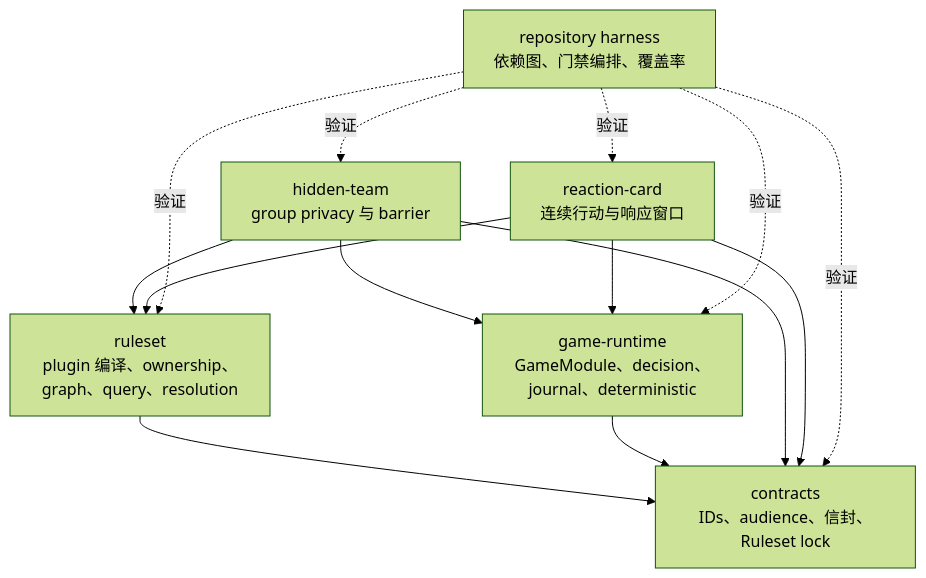
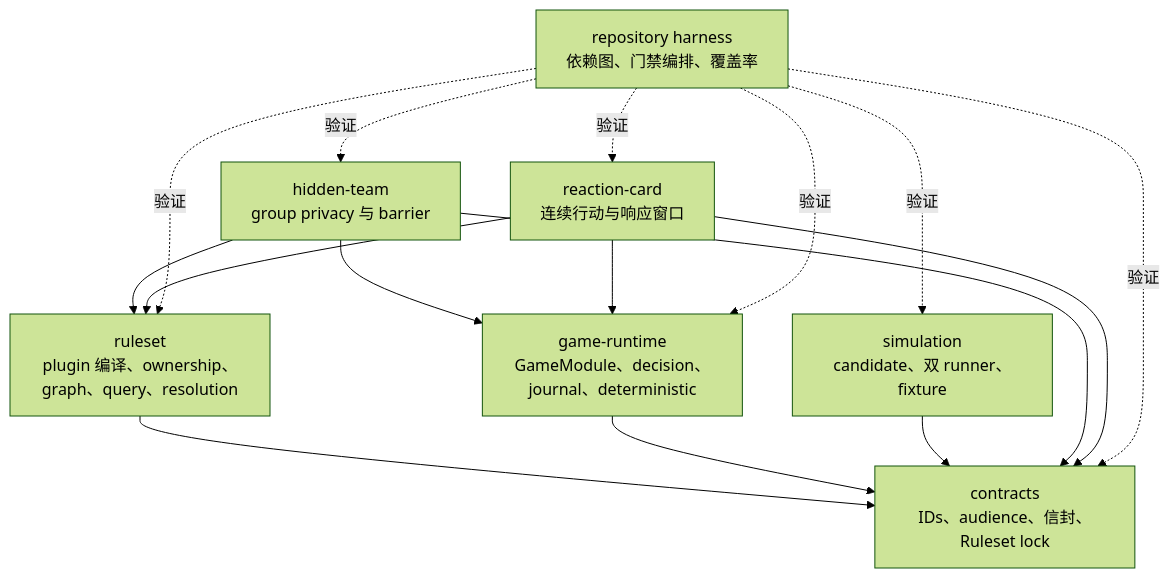
One commit to renewboy/agent-arena-core changed the first of 3 diagrams in docs/architecture.md. Above: the diagram before and after it, drawn with Mermaid (forest theme). The commit also changed other lines of this file and 16 other files, not shown here.

````diff
--- a/docs/architecture.md
+++ b/docs/architecture.md
@@ -22,23 +22,26 @@
 ```mermaid
 flowchart TB
     Contracts["contracts<br/>IDs、audience、信封、Ruleset lock"]
     Ruleset["ruleset<br/>plugin 编译、ownership、graph、query、resolution"]
     Runtime["game-runtime<br/>GameModule、decision、journal、deterministic"]
+    Simulation["simulation<br/>candidate、双 runner、fixture"]
     Hidden["hidden-team<br/>group privacy 与 barrier"]
     Card["reaction-card<br/>连续行动与响应窗口"]
     Harness["repository harness<br/>依赖图、门禁编排、覆盖率"]
 
     Ruleset --> Contracts
     Runtime --> Contracts
+    Simulation --> Contracts
     Hidden --> Contracts
     Hidden --> Ruleset
     Hidden --> Runtime
     Card --> Contracts
     Card --> Ruleset
     Card --> Runtime
     Harness -.验证.-> Contracts
     Harness -.验证.-> Ruleset
     Harness -.验证.-> Runtime
+    Harness -.验证.-> Simulation
     Harness -.验证.-> Hidden
     Harness -.验证.-> Card
 ```
````
